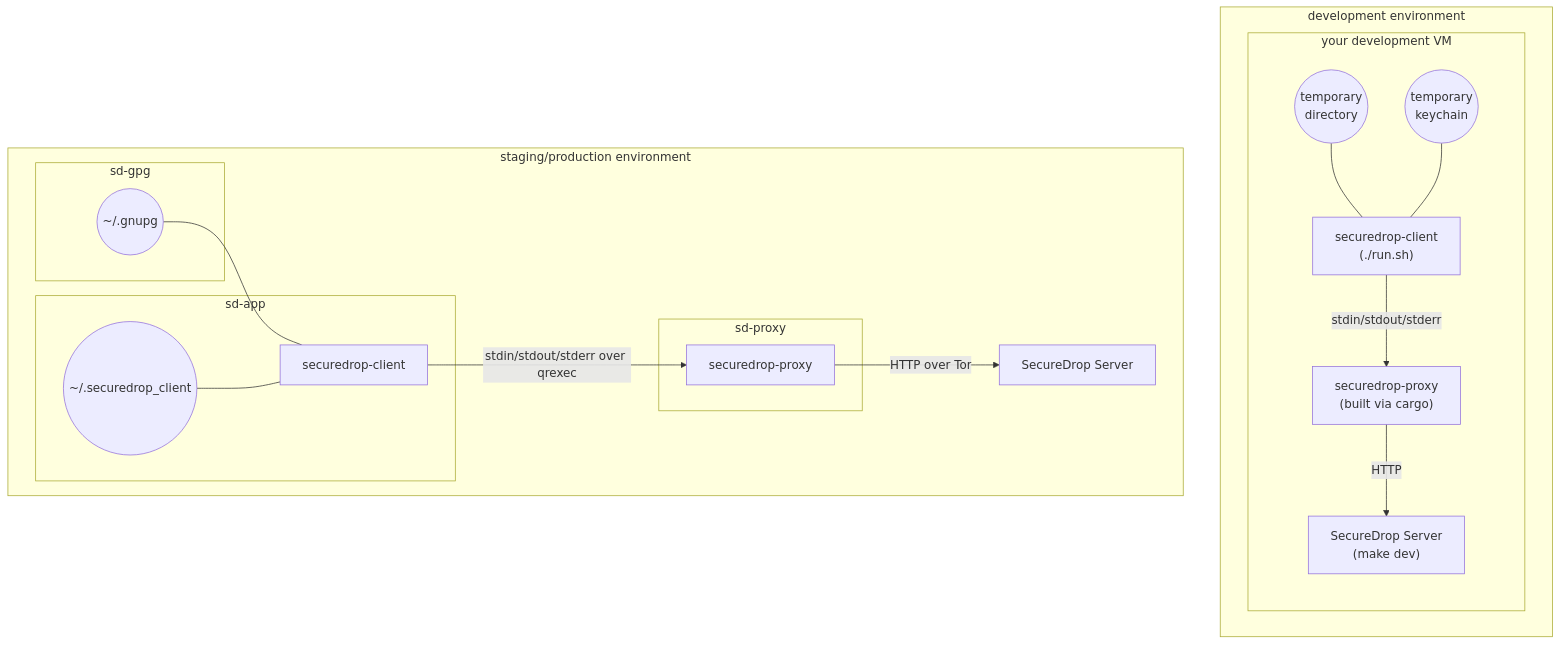
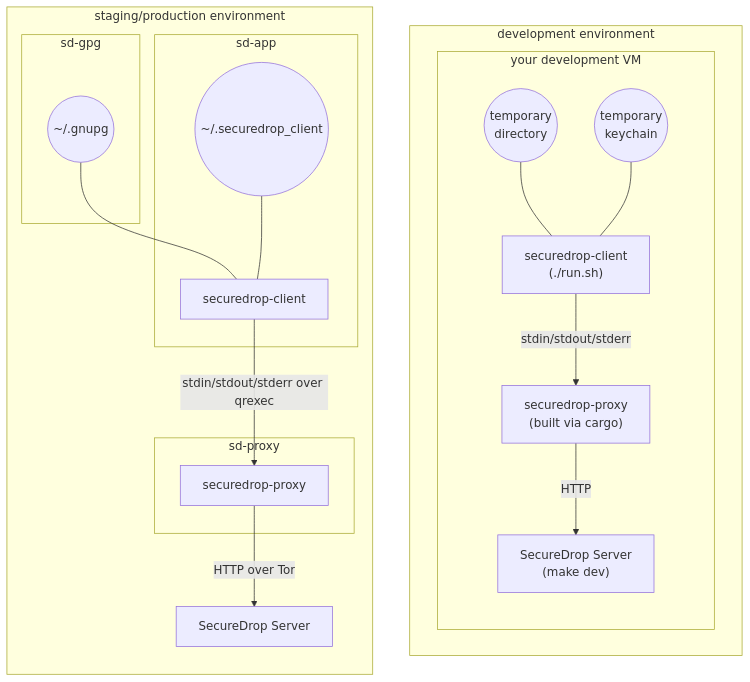
One commit to freedomofpress/securedrop-client changed the diagram in client/README.md. Above: the diagram before and after it, drawn with Mermaid.

Commit message:
docs: vertical-align environment diagrams for easier visual comparison

````diff
--- a/client/README.md
+++ b/client/README.md
@@ -52,30 +52,31 @@
 ```mermaid
 graph TD
 
 subgraph "development environment"
 subgraph "your development VM"
 direction TB
 dData(("temporary<br>directory")) --- dClient
 dKeychain(("temporary<br>keychain")) --- dClient
 dClient["securedrop-client<br>(./run.sh)"] --stdin/stdout/stderr--> dProxy
 dProxy["securedrop-proxy<br>(built via cargo)"] --HTTP-->
 dServer["SecureDrop Server<br>(make dev)"]
 end
 end
 
 subgraph "staging/production environment"
+direction TB
 spKeychain --- spClient
 subgraph sd-app
 spData(("~/.securedrop_client")) --- spClient
 spClient["securedrop-client"]
 end
 spClient --stdin/stdout/stderr over qrexec--> spProxy
 subgraph sd-gpg
 spKeychain(("~/.gnupg"))
 end
 subgraph sd-proxy
 spProxy["securedrop-proxy"]
 end
 spProxy --HTTP over Tor--> spServer["SecureDrop Server"]
 end
 ```
````
